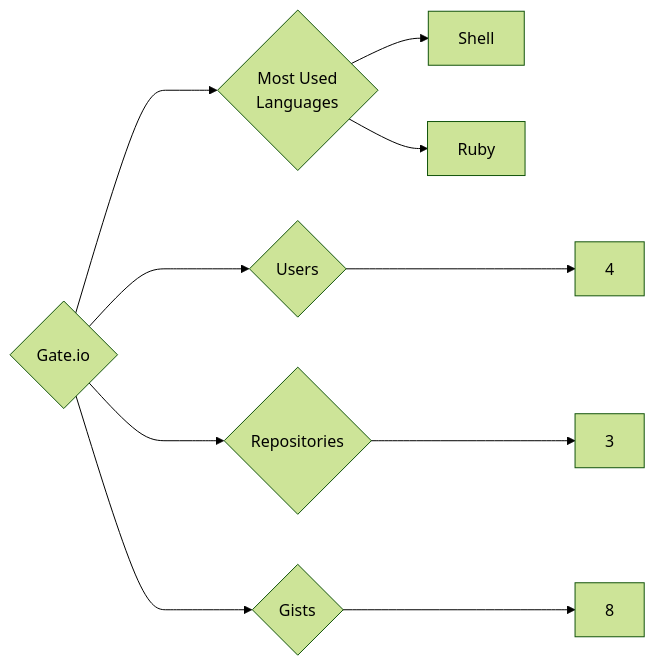
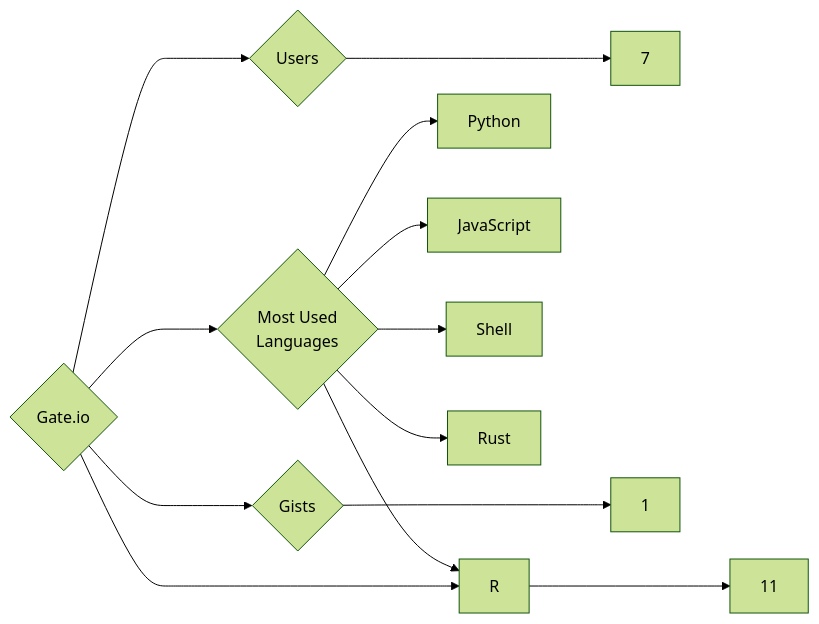
Before and after one commit to trickest/insiders: the diagram in targets/Gate.io/README.md, drawn with Mermaid (forest theme). The commit also changed 880 other files, not shown here.

````diff
--- a/targets/Gate.io/README.md
+++ b/targets/Gate.io/README.md
@@ -3,10 +3,13 @@
 ```mermaid
 graph LR
 COMPANY_NAME{Gate.io}
-COMPANY_NAME ---> U{Users} ---> UN[4]
-COMPANY_NAME ---> R{Repositories} ---> RN[3]
-COMPANY_NAME ---> G{Gists} ---> GN[8]
+COMPANY_NAME ---> U{Users} ---> UN[7]
+COMPANY_NAME ---> R{Repositories} ---> RN[11]
+COMPANY_NAME ---> G{Gists} ---> GN[1]
 COMPANY_NAME ---> ML{Most Used<br>Languages}
+ML --> Python[Python]
+ML --> JavaScript[JavaScript]
 ML --> Shell[Shell]
-ML --> Ruby[Ruby]
+ML --> Rust[Rust]
+ML --> R[R]
 ```
````
